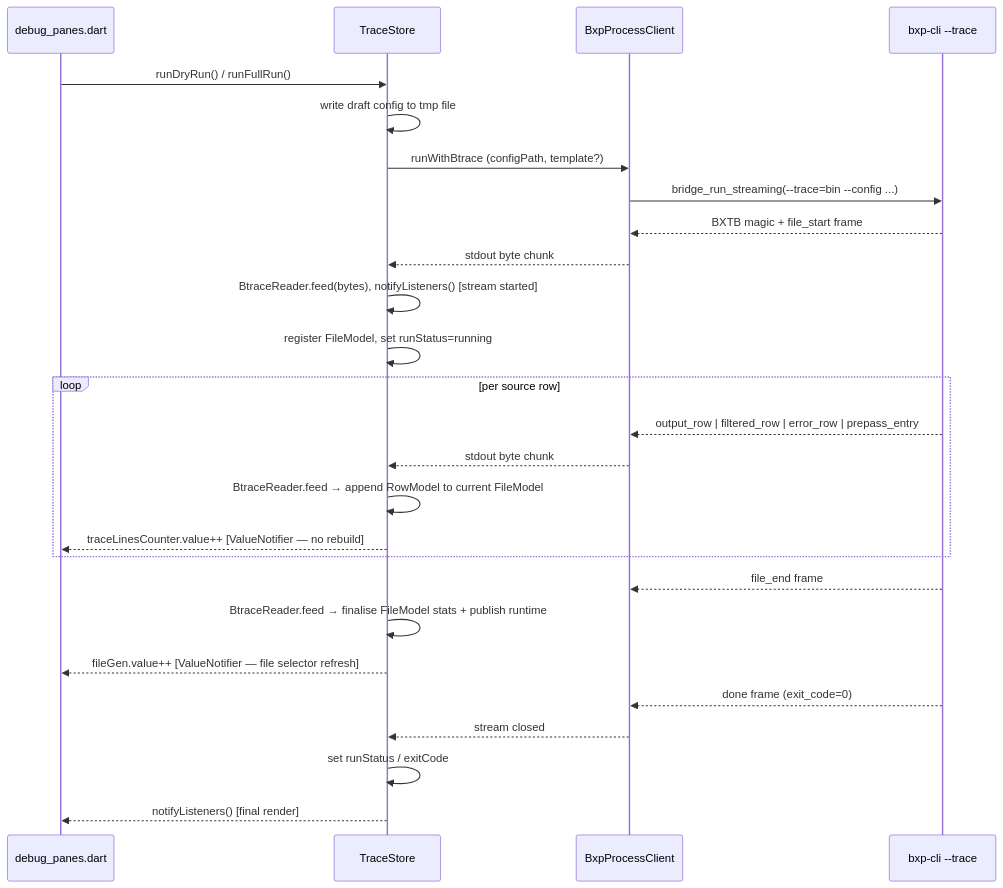
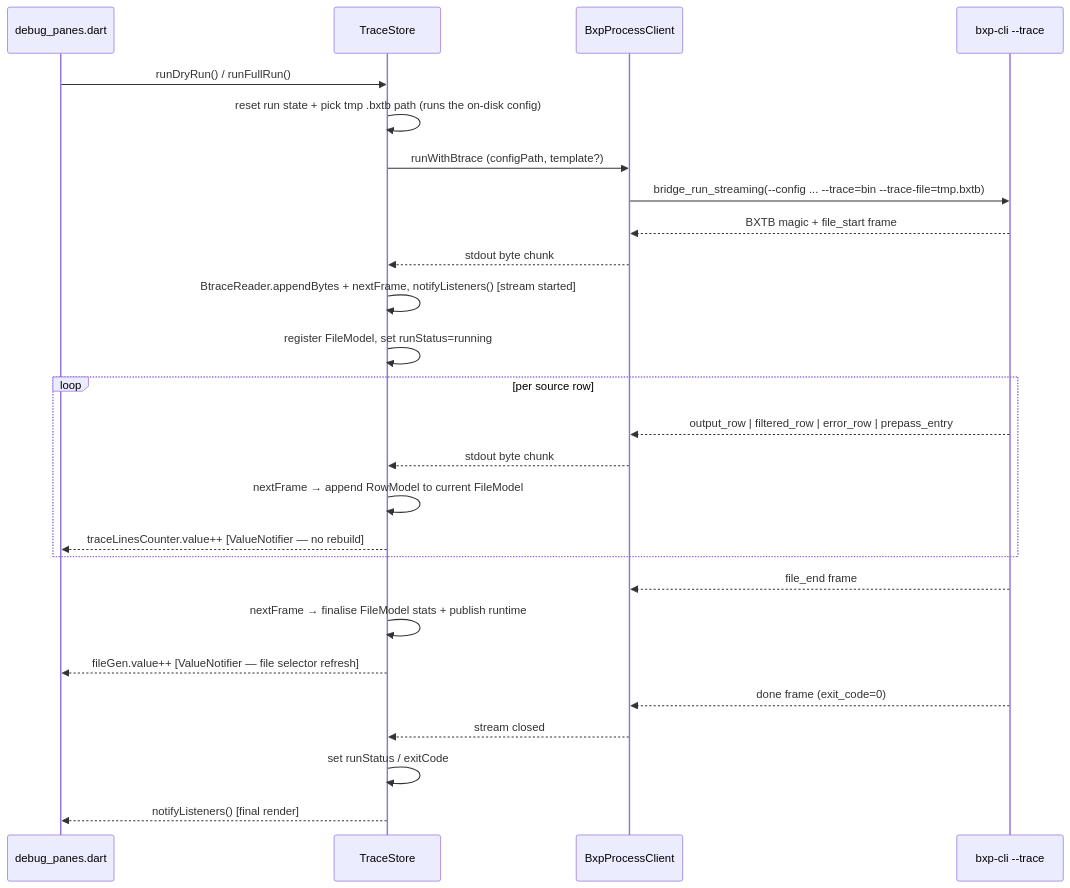
The second of 10 diagrams in docs/dev/architecture/gui.md (zaxified/bxp), drawn with Mermaid before and after one commit. The commit also changed other lines of this file and 53 other files, not shown here.

````diff
--- a/docs/dev/architecture/gui.md
+++ b/docs/dev/architecture/gui.md
@@ -130,29 +130,29 @@
 ```mermaid
 sequenceDiagram
     participant UI as debug_panes.dart
     participant TS as TraceStore
     participant BPC as BxpProcessClient
     participant CLI as bxp-cli --trace
 
     UI->>TS: runDryRun() / runFullRun()
-    TS->>TS: write draft config to tmp file
+    TS->>TS: reset run state + pick tmp .bxtb path (runs the on-disk config)
     TS->>BPC: runWithBtrace (configPath, template?)
-    BPC->>CLI: bridge_run_streaming(--trace=bin --config ...)
+    BPC->>CLI: bridge_run_streaming(--config ... --trace=bin --trace-file=tmp.bxtb)
     CLI-->>BPC: BXTB magic + file_start frame
     BPC-->>TS: stdout byte chunk
-    TS->>TS: BtraceReader.feed(bytes), notifyListeners() [stream started]
+    TS->>TS: BtraceReader.appendBytes + nextFrame, notifyListeners() [stream started]
     TS->>TS: register FileModel, set runStatus=running
     loop per source row
         CLI-->>BPC: output_row | filtered_row | error_row | prepass_entry
         BPC-->>TS: stdout byte chunk
-        TS->>TS: BtraceReader.feed → append RowModel to current FileModel
+        TS->>TS: nextFrame → append RowModel to current FileModel
         TS-->>UI: traceLinesCounter.value++ [ValueNotifier — no rebuild]
     end
     CLI-->>BPC: file_end frame
-    TS->>TS: BtraceReader.feed → finalise FileModel stats + publish runtime
+    TS->>TS: nextFrame → finalise FileModel stats + publish runtime
     TS-->>UI: fileGen.value++ [ValueNotifier — file selector refresh]
     CLI-->>BPC: done frame (exit_code=0)
     BPC-->>TS: stream closed
     TS->>TS: set runStatus / exitCode
     TS-->>UI: notifyListeners() [final render]
 ```
````
